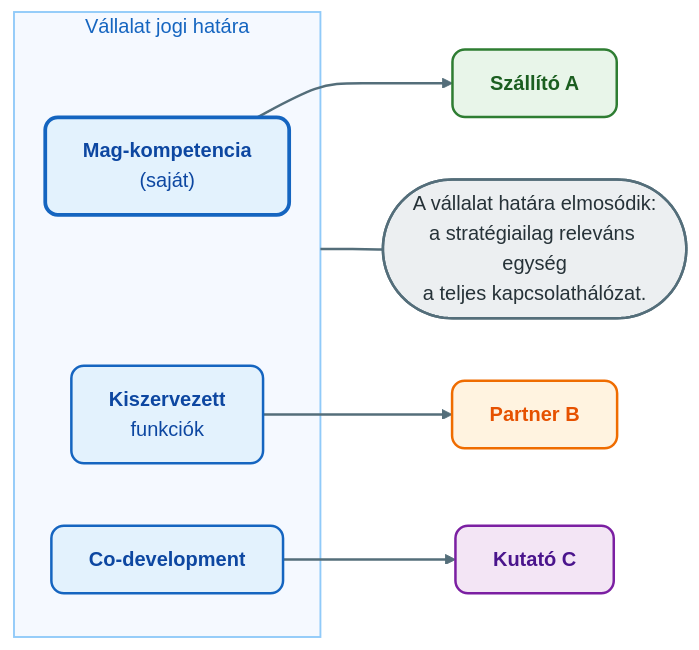
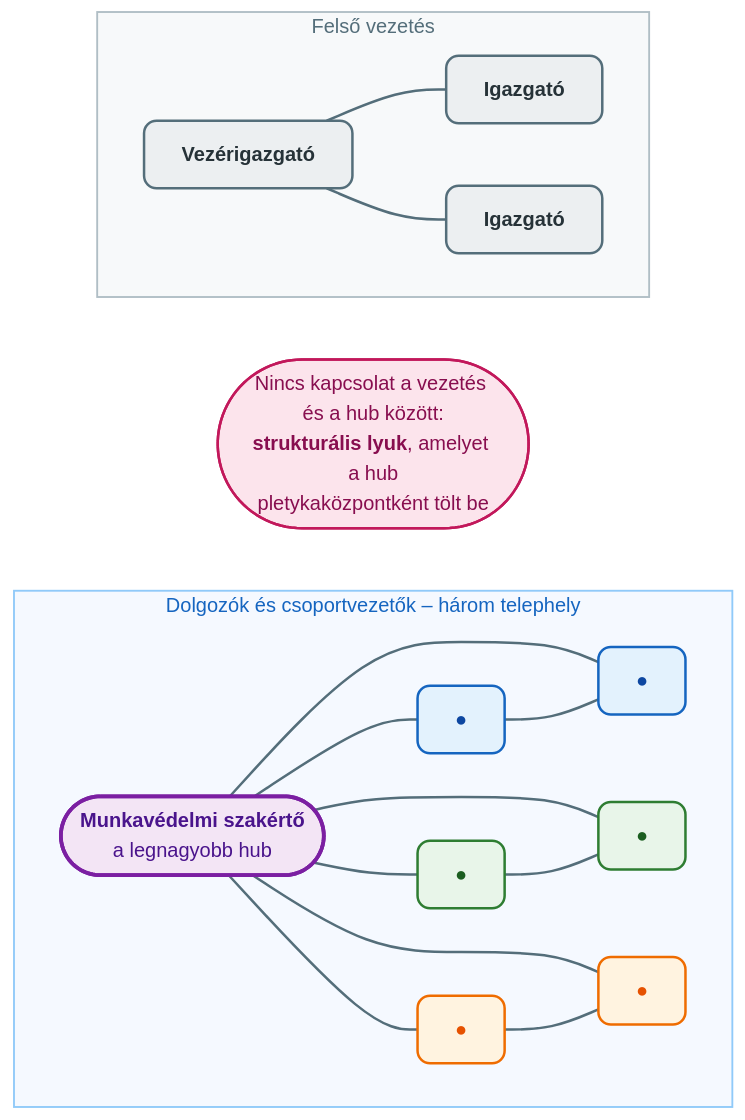
The third of 4 diagrams in Tételek/V20-GMXVU2MBLF-Hálózati üzleti stratégia.tétel.md (denespocsik/MM_BSC_Zarovizsga), drawn with Mermaid before and after one commit. The commit also changed other lines of this file and 3 other files, not shown here.

````diff
--- a/Tételek/V20-GMXVU2MBLF-Hálózati üzleti stratégia.tétel.md
+++ b/Tételek/V20-GMXVU2MBLF-Hálózati üzleti stratégia.tétel.md
@@ -124,25 +94,47 @@
 ```mermaid
-flowchart LR
-    subgraph JOG["Vállalat jogi határa"]
-        MAG["<b>Mag-kompetencia</b><br/>(saját)"]:::kekH
-        KI["<b>Kiszervezett</b><br/>funkciók"]:::kek
-        CO["<b>Co-development</b>"]:::kek
+flowchart TB
+    subgraph VEZ["Felső vezetés"]
+        CEO["<b>Vezérigazgató</b>"]:::szurke
+        IG1["<b>Igazgató</b>"]:::szurke
+        IG2["<b>Igazgató</b>"]:::szurke
+        CEO --- IG1
+        CEO --- IG2
     end
-    MAG --> SA["<b>Szállító A</b>"]:::zold
-    KI --> PB["<b>Partner B</b>"]:::narancs
-    CO --> KC["<b>Kutató C</b>"]:::lila
 
-    NOTE(["A vállalat határa elmosódik:<br/>a stratégiailag releváns egység<br/>a teljes kapcsolathálózat."]):::szurke
-    JOG ~~~ NOTE
+    NOTE(["Nincs kapcsolat a vezetés és a hub között:<br/><b>strukturális lyuk</b>, amelyet a hub<br/>pletykaközpontként tölt be"]):::rozsa
+
+    subgraph DOLG["Dolgozók és csoportvezetők – három telephely"]
+        HUB(["<b>Munkavédelmi szakértő</b><br/>a legnagyobb hub"]):::lilaH
+        D1["●"]:::kek
+        D2["●"]:::kek
+        D3["●"]:::zold
+        D4["●"]:::zold
+        D5["●"]:::narancs
+        D6["●"]:::narancs
+        HUB --- D1
+        HUB --- D2
+        HUB --- D3
+        HUB --- D4
+        HUB --- D5
+        HUB --- D6
+        D1 --- D2
+        D3 --- D4
+        D5 --- D6
+    end
+
+    VEZ ~~~ NOTE
+    NOTE ~~~ DOLG
 
     classDef kek     fill:#e3f2fd,stroke:#1565c0,stroke-width:2px,color:#0d47a1,rx:10,ry:10;
-    classDef kekH    fill:#e3f2fd,stroke:#1565c0,stroke-width:3px,color:#0d47a1,rx:10,ry:10;
     classDef zold    fill:#e8f5e9,stroke:#2e7d32,stroke-width:2px,color:#1b5e20,rx:10,ry:10;
     classDef narancs fill:#fff3e0,stroke:#ef6c00,stroke-width:2px,color:#e65100,rx:10,ry:10;
-    classDef lila    fill:#f3e5f5,stroke:#7b1fa2,stroke-width:2px,color:#4a148c,rx:10,ry:10;
+    classDef rozsa   fill:#fce4ec,stroke:#c2185b,stroke-width:2px,color:#880e4f,rx:10,ry:10;
+    classDef lilaH   fill:#f3e5f5,stroke:#7b1fa2,stroke-width:3px,color:#4a148c,rx:10,ry:10;
     classDef szurke  fill:#eceff1,stroke:#546e7a,stroke-width:2px,color:#263238,rx:10,ry:10;
 
-    style JOG fill:#f5f9ff,stroke:#90caf9,stroke-width:1.5px,color:#1565c0;
+    style VEZ  fill:#f7f9fa,stroke:#b0bec5,stroke-width:1.5px,color:#546e7a;
+    style DOLG fill:#f5f9ff,stroke:#90caf9,stroke-width:1.5px,color:#1565c0;
 
     linkStyle default stroke:#546e7a,stroke-width:2px;
+    linkStyle 11,12 stroke:transparent,stroke-width:0px;
 ```
````
